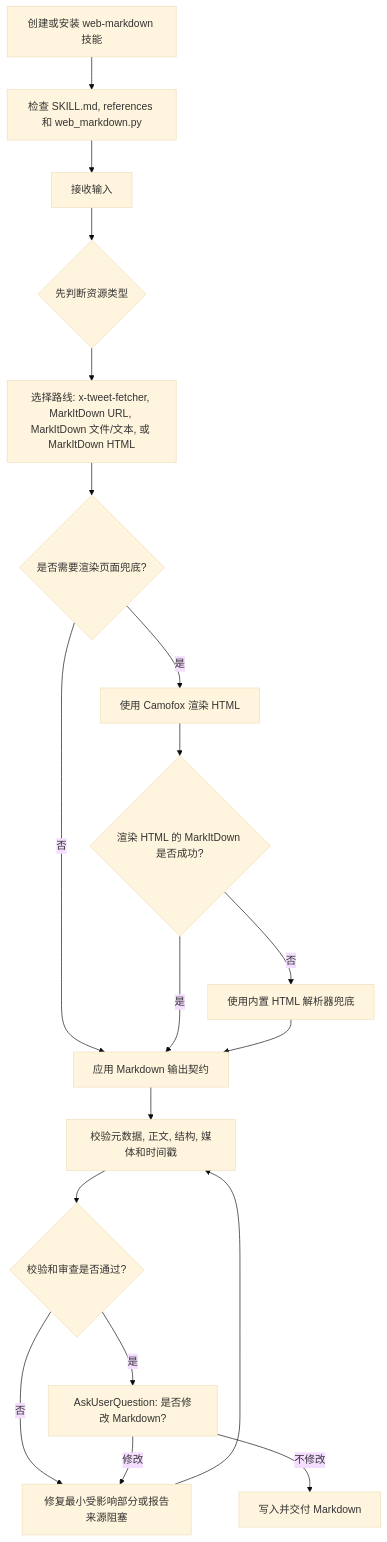
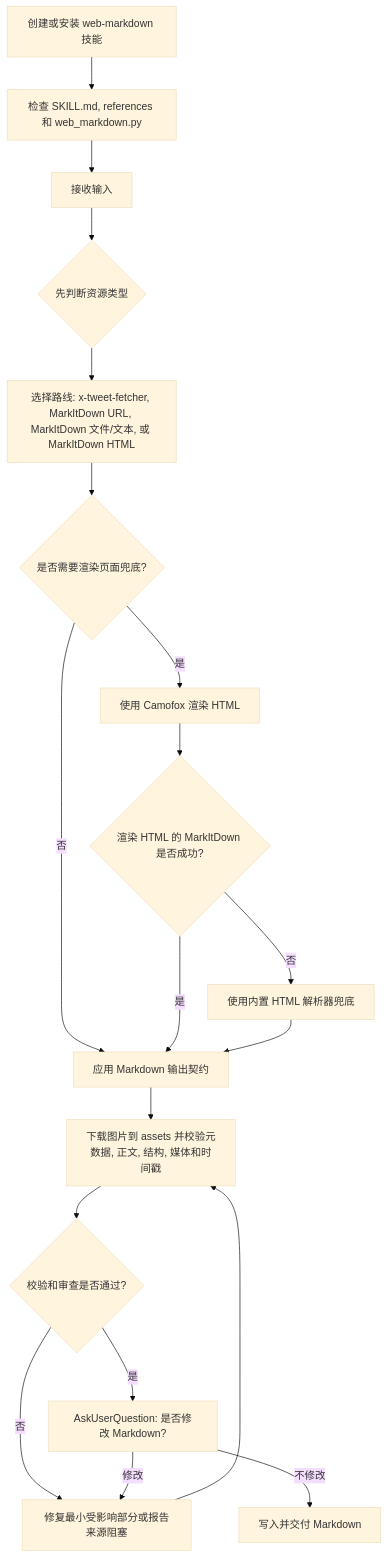
The diagram in skills/web-markdown/README.zh-CN.md (chaos-design/skills), drawn with Mermaid (base theme) before and after one commit. The commit also changed other lines of this file and 15 other files, not shown here.

````diff
--- a/skills/web-markdown/README.zh-CN.md
+++ b/skills/web-markdown/README.zh-CN.md
@@ -85,21 +104,21 @@
 ```mermaid
 flowchart TD
   A[创建或安装 web-markdown 技能] --> B[检查 SKILL.md, references 和 web_markdown.py]
   B --> C[接收输入]
   C --> D{先判断资源类型}
   D --> E[选择路线: x-tweet-fetcher, MarkItDown URL, MarkItDown 文件/文本, 或 MarkItDown HTML]
   E --> F{是否需要渲染页面兜底?}
   F -- 否 --> G[应用 Markdown 输出契约]
   F -- 是 --> H[使用 Camofox 渲染 HTML]
   H --> I{渲染 HTML 的 MarkItDown 是否成功?}
   I -- 是 --> G
   I -- 否 --> J[使用内置 HTML 解析器兜底]
   J --> G
-  G --> K[校验元数据, 正文, 结构, 媒体和时间戳]
+  G --> K[下载图片到 assets 并校验元数据, 正文, 结构, 媒体和时间戳]
   K --> L{校验和审查是否通过?}
   L -- 否 --> M[修复最小受影响部分或报告来源阻塞]
   M --> K
   L -- 是 --> N[AskUserQuestion: 是否修改 Markdown?]
   N -- 修改 --> M
   N -- 不修改 --> O[写入并交付 Markdown]
 ```
````
